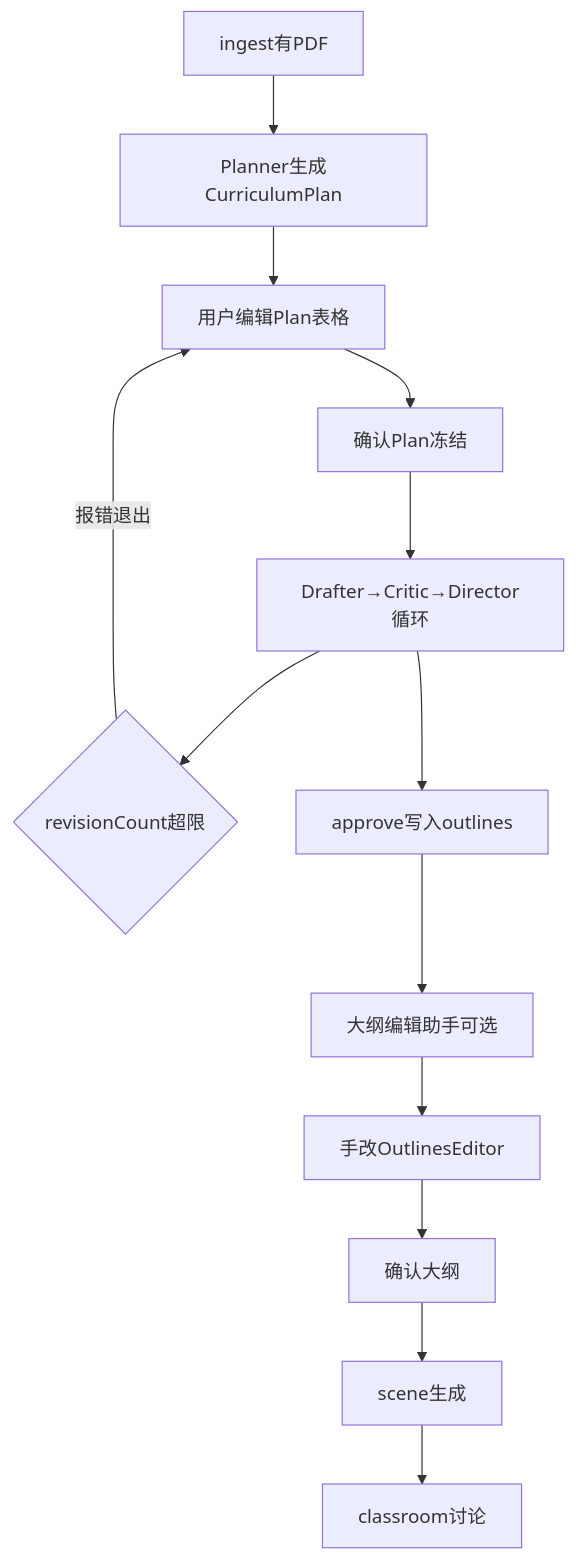
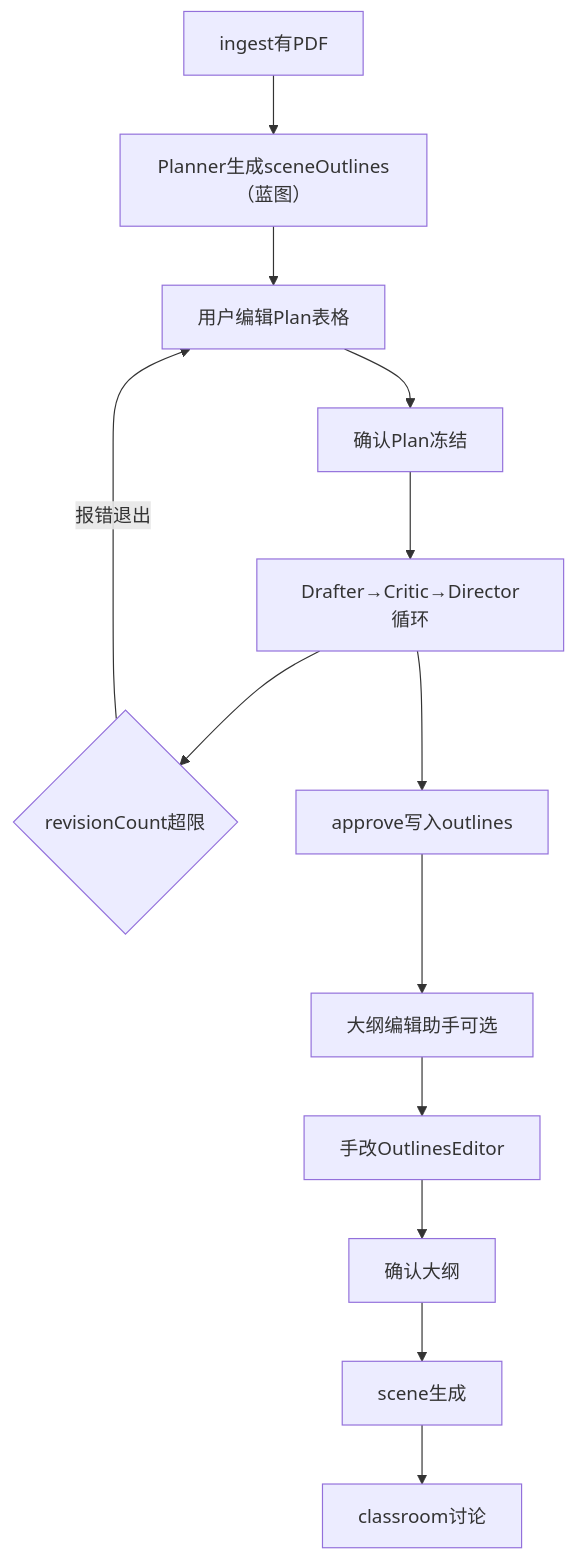
Before and after one commit to HeyChizuru/mindflow: the second of 5 diagrams in docs/PRD.md, drawn with Mermaid. The commit also changed other lines of this file and 8 other files, not shown here.

````diff
--- a/docs/PRD.md
+++ b/docs/PRD.md
@@ -141,21 +142,21 @@
 ```mermaid
 flowchart TD
   ingest[ingest有PDF]
-  planGen[Planner生成CurriculumPlan]
+  planGen[Planner生成sceneOutlines（蓝图）]
   planEdit[用户编辑Plan表格]
   planFreeze[确认Plan冻结]
   agentLoop[Drafter→Critic→Director循环]
   loopFail{revisionCount超限}
   loopOk[approve写入outlines]
   assistant[大纲编辑助手可选]
   manualEdit[手改OutlinesEditor]
   confirmOutline[确认大纲]
   genScenes[scene生成]
   classroom[classroom讨论]
 
   ingest --> planGen --> planEdit --> planFreeze --> agentLoop
   agentLoop --> loopFail
   agentLoop --> loopOk
   loopFail -->|报错退出| planEdit
   loopOk --> assistant --> manualEdit --> confirmOutline --> genScenes --> classroom
 ```
````
